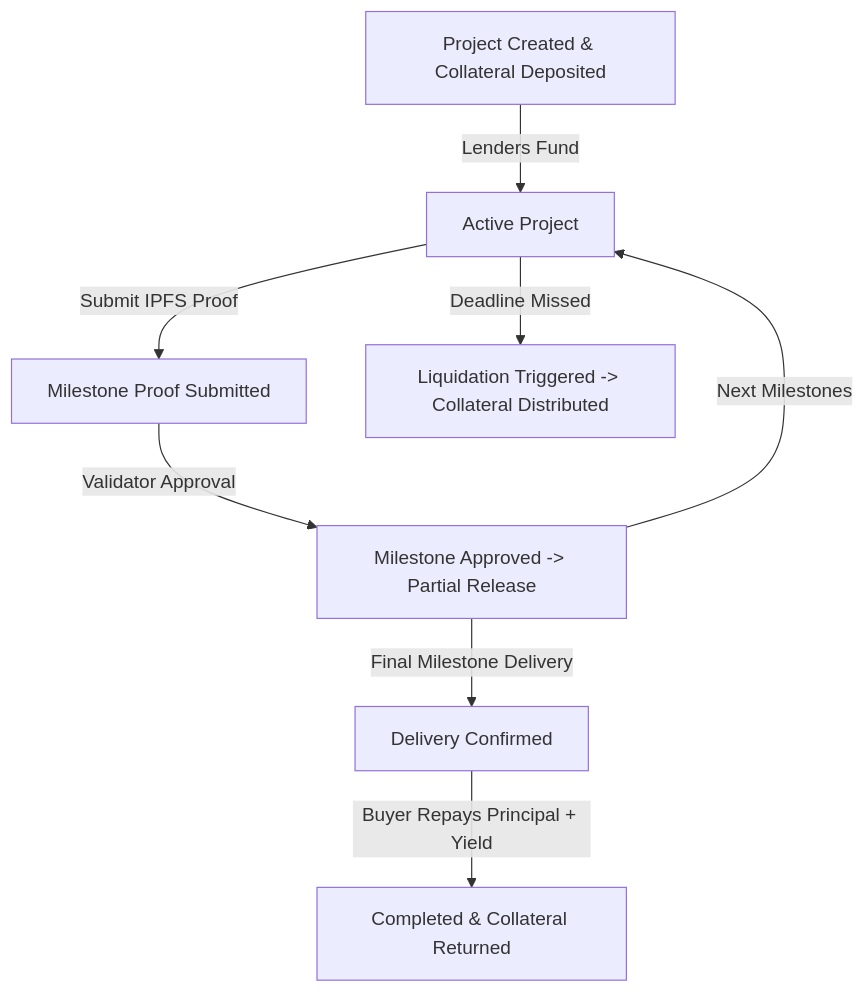
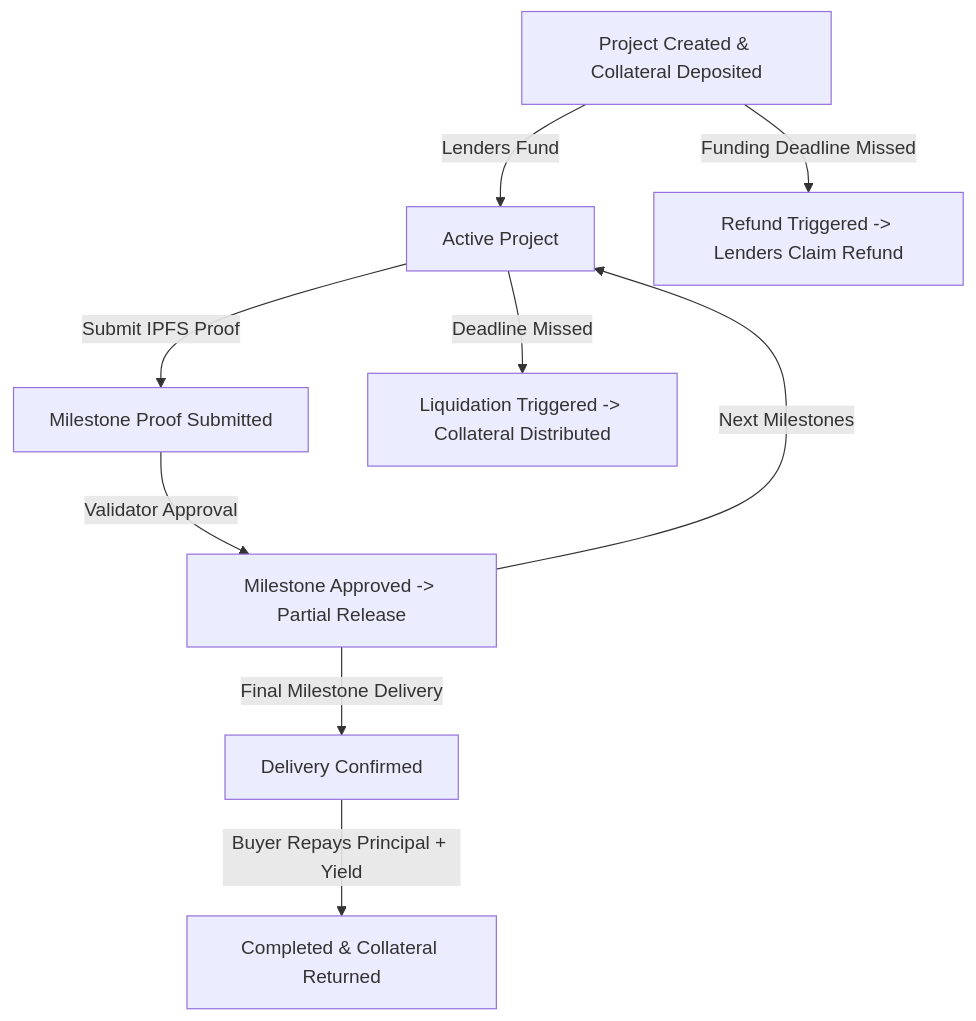
One commit to deniznizam/stellarforge-supplychain changed the diagram in docs/superpowers/specs/2026-06-30-stellarforge-design.md. Above: the diagram before and after it, drawn with Mermaid. The commit also changed other lines of this file, not shown here.

Commit message:
docs(spec): write detailed architectural spec for StellarForge SCF protocol

````diff
--- a/docs/superpowers/specs/2026-06-30-stellarforge-design.md
+++ b/docs/superpowers/specs/2026-06-30-stellarforge-design.md
@@ -115,10 +142,11 @@
 ```mermaid
 graph TD
     Pending[Project Created & Collateral Deposited] -->|Lenders Fund| Active[Active Project]
     Active -->|Submit IPFS Proof| ProofSubmitted[Milestone Proof Submitted]
     ProofSubmitted -->|Validator Approval| Approved[Milestone Approved -> Partial Release]
     Approved -->|Next Milestones| Active
     Approved -->|Final Milestone Delivery| DeliveryConfirmed[Delivery Confirmed]
     DeliveryConfirmed -->|Buyer Repays Principal + Yield| Completed[Completed & Collateral Returned]
     Active -->|Deadline Missed| Liquidated[Liquidation Triggered -> Collateral Distributed]
+    Pending -->|Funding Deadline Missed| Refunded[Refund Triggered -> Lenders Claim Refund]
 ```
````
